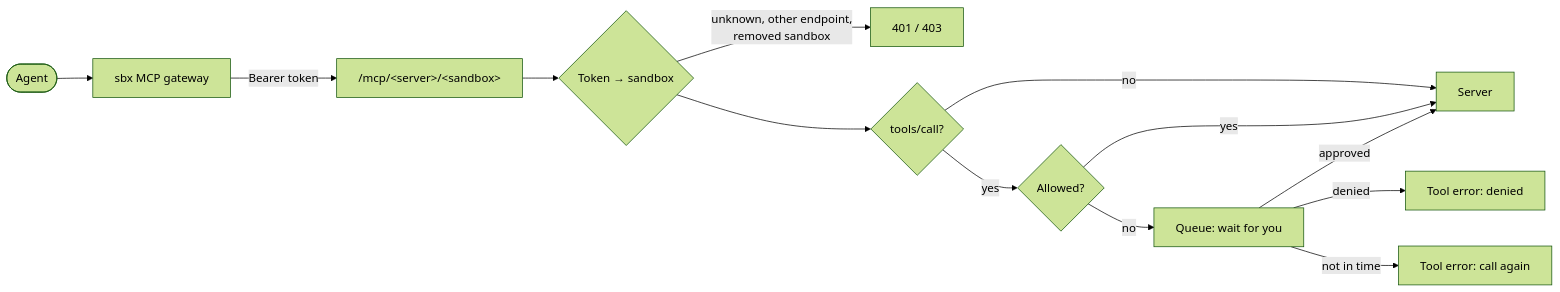
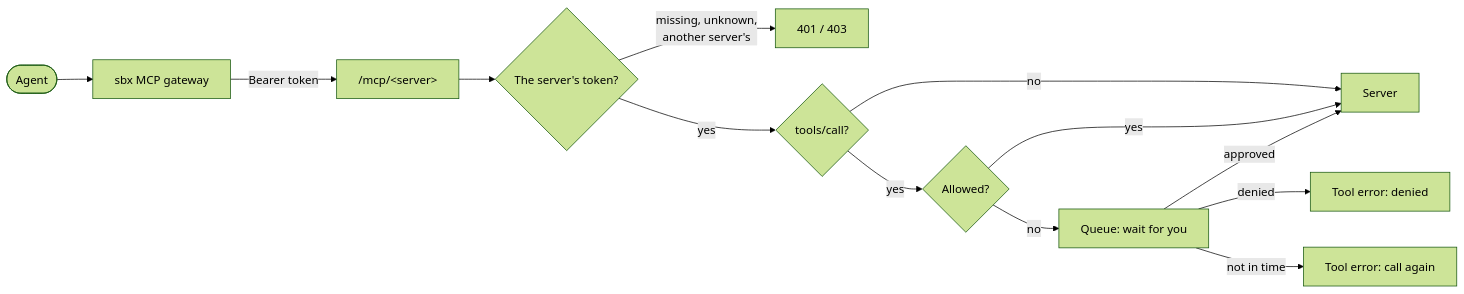
Before and after one commit to VaclavSir/makak: the third of 3 diagrams in docs/architecture.md, drawn with Mermaid (forest theme). The commit also changed other lines of this file and 16 other files, not shown here.

First line of the commit message:
Share one MCP endpoint per server among all sandboxes

````diff
--- a/docs/architecture.md
+++ b/docs/architecture.md
@@ -146,15 +146,15 @@
 ```mermaid
 flowchart LR
     agent(["Agent"]) --> gw["sbx MCP gateway"]
-    gw -->|"Bearer token"| ep["/mcp/&lt;server&gt;/&lt;sandbox&gt;"]
-    ep --> who{"Token → sandbox"}
-    who -->|unknown, other endpoint,<br/>removed sandbox| refuse["401 / 403"]
-    who --> kind{"tools/call?"}
+    gw -->|"Bearer token"| ep["/mcp/&lt;server&gt;"]
+    ep --> who{"The server's token?"}
+    who -->|missing, unknown,<br/>another server's| refuse["401 / 403"]
+    who -->|yes| kind{"tools/call?"}
     kind -->|no| pass["Server"]
     kind -->|yes| list{"Allowed?"}
     list -->|yes| pass
     list -->|no| queue["Queue: wait for you"]
     queue -->|approved| pass
     queue -->|denied| deny["Tool error: denied"]
     queue -->|not in time| retry["Tool error: call again"]
 ```
````
